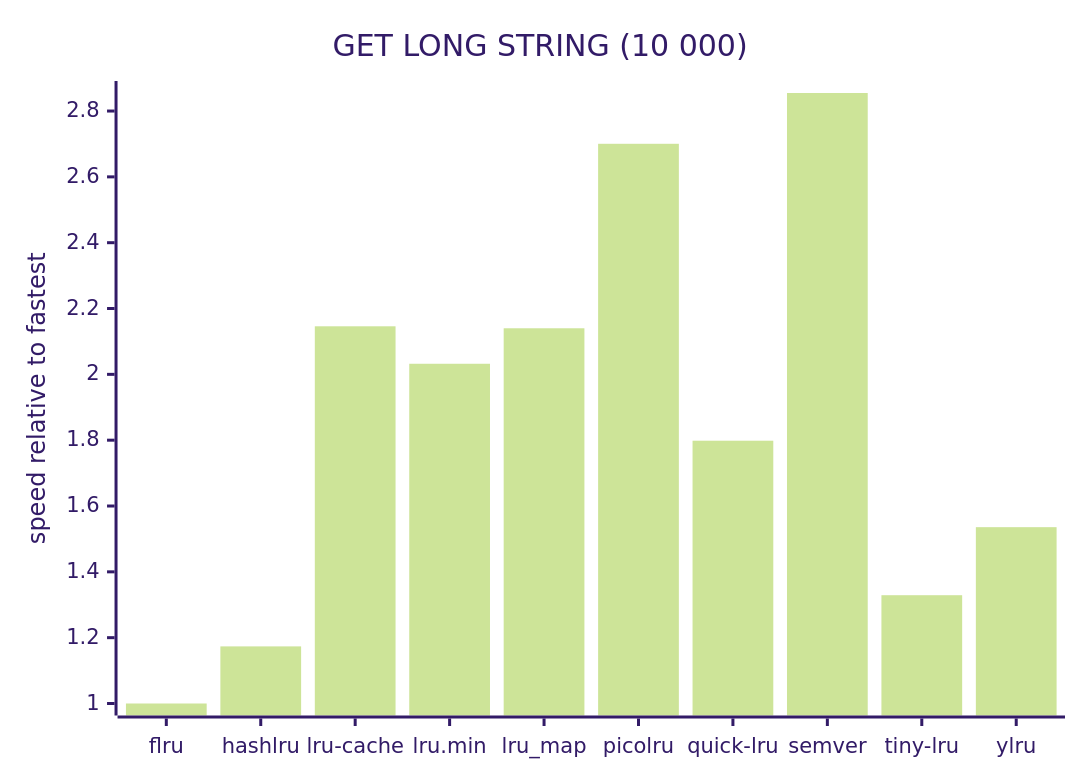
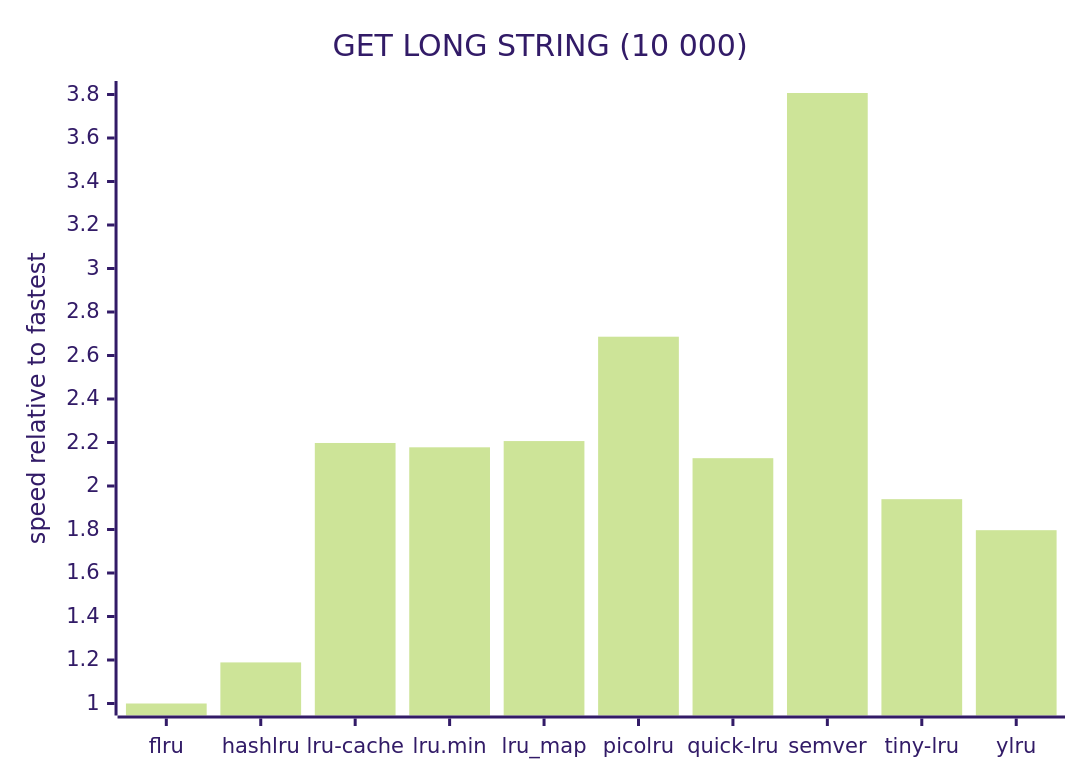
The tenth of 11 diagrams in README.md (beeequeue/bench-lru), drawn with Mermaid (forest theme) before and after one commit. The commit also changed other lines of this file, not shown here.

````diff
--- a/README.md
+++ b/README.md
@@ -127,7 +127,7 @@
 ```mermaid
 xychart-beta
   title "GET LONG STRING (10 000)"
   x-axis ["flru", "hashlru", "lru-cache", "lru.min", "lru_map", "picolru", "quick-lru", "semver", "tiny-lru", "ylru"]
-  y-axis "speed relative to fastest" 1 --> 2.8548
-  bar [1, 1.1735, 2.146, 2.0322, 2.14, 2.7005, 1.7984, 2.8548, 1.329, 1.5357]
+  y-axis "speed relative to fastest" 1 --> 3.8069
+  bar [1, 1.1889, 2.1978, 2.1779, 2.2066, 2.6864, 2.1279, 3.8069, 1.9394, 1.7968]
 ```
````
